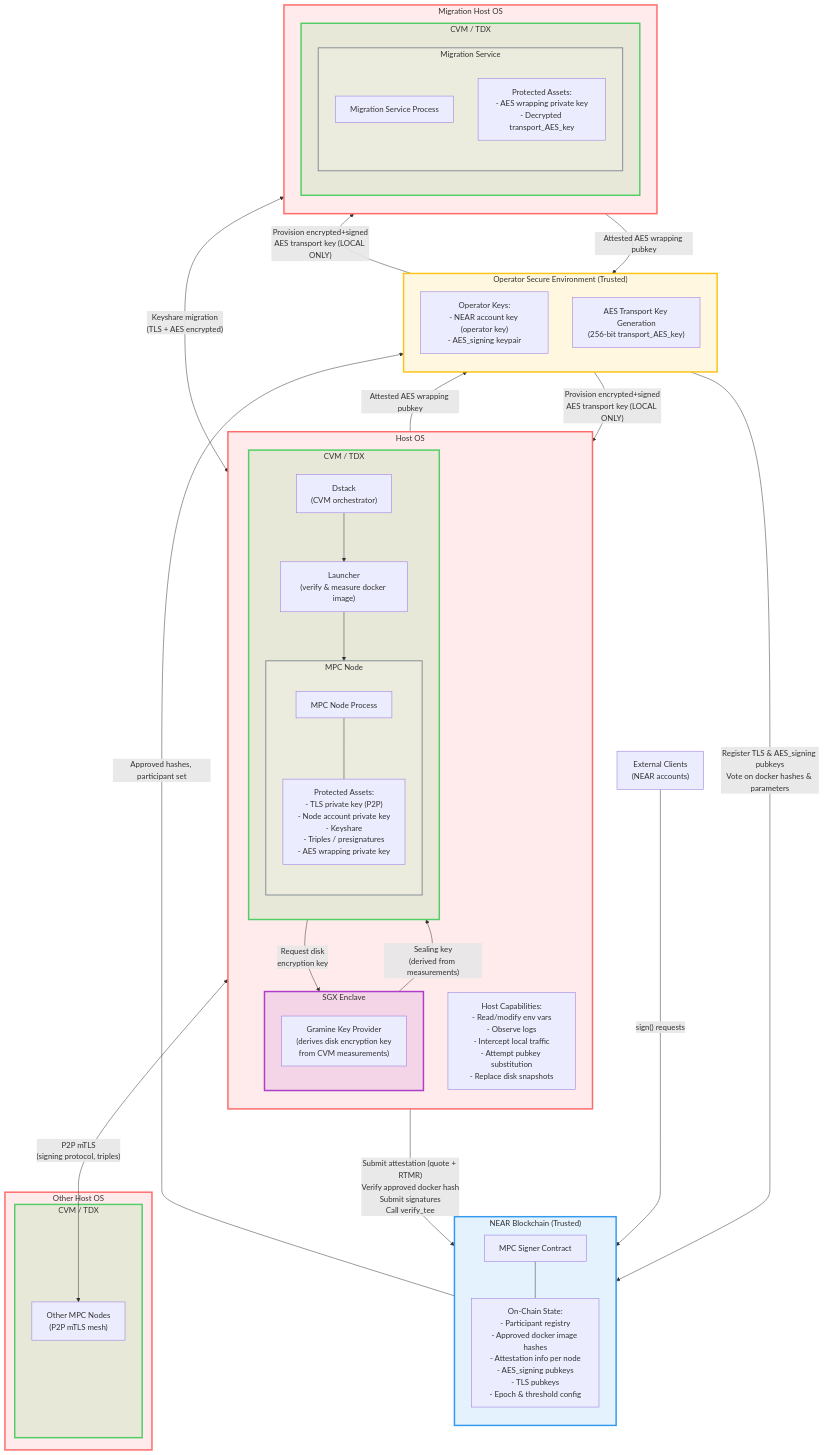
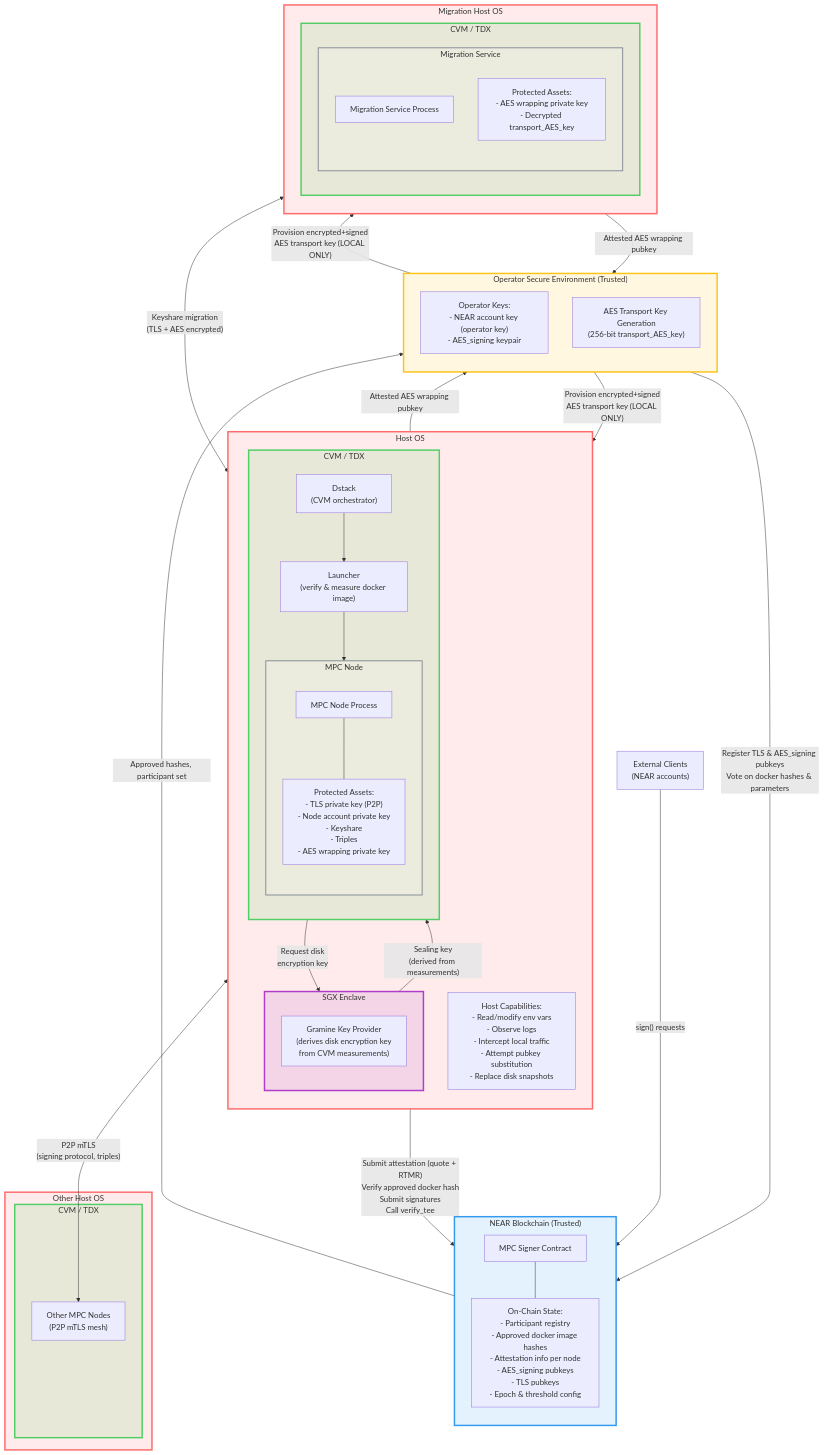
The first of 5 diagrams in docs/design/threat-model-diagram.md (near/mpc), drawn with Mermaid before and after one commit. The commit also changed other lines of this file and 64 other files, not shown here.

```diff
--- a/docs/design/threat-model-diagram.md
+++ b/docs/design/threat-model-diagram.md
@@ -58,7 +58,7 @@
             subgraph MPC_BOX["MPC Node"]
                 direction TB
                 MPC_NODE["MPC Node Process"]
-                ASSETS["Protected Assets:<br/>- TLS private key (P2P)<br/>- Node account private key<br/>- Keyshare<br/>- Triples / presignatures<br/>- AES wrapping private key"]
+                ASSETS["Protected Assets:<br/>- TLS private key (P2P)<br/>- Node account private key<br/>- Keyshare<br/>- Triples<br/>- AES wrapping private key"]
                 MPC_NODE --- ASSETS
             end
 
```
